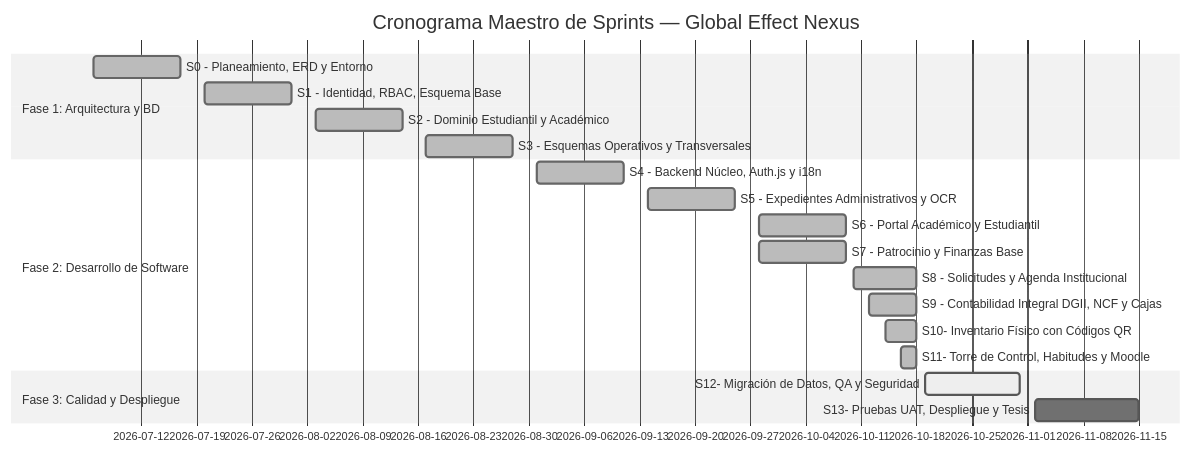
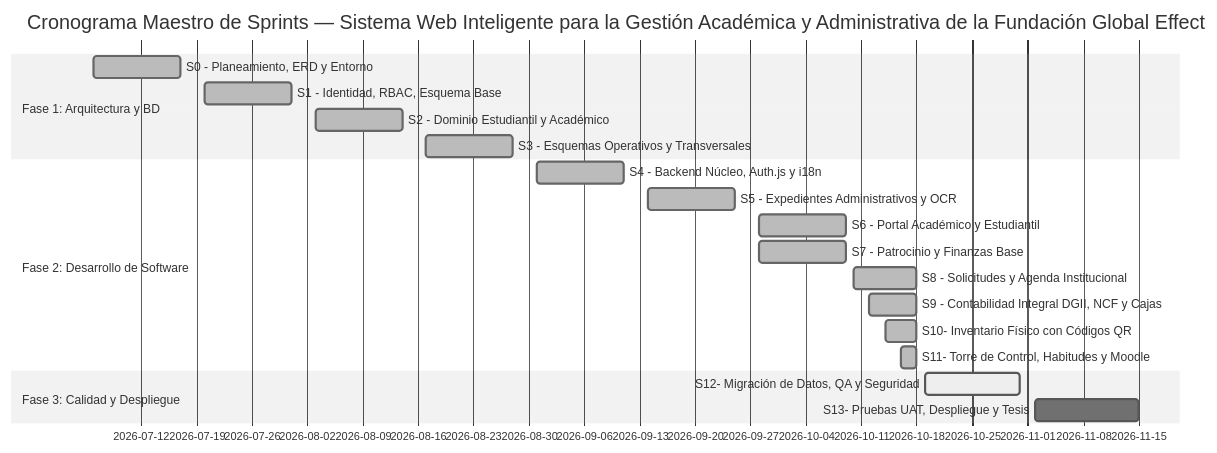
One commit to Dauris11/global-effect-nexus-v2 changed the first of 4 diagrams in docs/entregables/contexto-general.md. Above: the diagram before and after it, drawn with Mermaid (neutral theme). The commit also changed other lines of this file and 48 other files, not shown here.

````diff
--- a/docs/entregables/contexto-general.md
+++ b/docs/entregables/contexto-general.md
@@ -139,22 +139,22 @@
 ```mermaid
 gantt
-    title Cronograma Maestro de Sprints — Global Effect Nexus
+    title Cronograma Maestro de Sprints — Sistema Web Inteligente para la Gestión Académica y Administrativa de la Fundación Global Effect
     dateFormat  YYYY-MM-DD
     section Fase 1: Arquitectura y BD
     S0 - Planeamiento, ERD y Entorno       :done, s0, 2026-07-06, 2026-07-17
     S1 - Identidad, RBAC, Esquema Base     :done, s1, 2026-07-20, 2026-07-31
     S2 - Dominio Estudiantil y Académico    :done, s2, 2026-08-03, 2026-08-14
     S3 - Esquemas Operativos y Transversales:done, s3, 2026-08-17, 2026-08-28
     section Fase 2: Desarrollo de Software
     S4 - Backend Núcleo, Auth.js y i18n   :done, s4, 2026-08-31, 2026-09-11
     S5 - Expedientes Administrativos y OCR :done, s5, 2026-09-14, 2026-09-25
     S6 - Portal Académico y Estudiantil    :done, s6, 2026-09-28, 2026-10-09
     S7 - Patrocinio y Finanzas Base        :done, s7, 2026-09-28, 2026-10-09
     S8 - Solicitudes y Agenda Institucional:done, s8, 2026-10-10, 2026-10-18
     S9 - Contabilidad Integral DGII, NCF y Cajas:done, s9, 2026-10-12, 2026-10-18
     S10- Inventario Físico con Códigos QR  :done, s10, 2026-10-14, 2026-10-18
     S11- Torre de Control, Habitudes y Moodle:done, s11, 2026-10-16, 2026-10-18
     section Fase 3: Calidad y Despliegue
     S12- Migración de Datos, QA y Seguridad :active, s12, 2026-10-19, 2026-10-31
     S13- Pruebas UAT, Despliegue y Tesis    :s13, 2026-11-02, 2026-11-15
 ```
````
